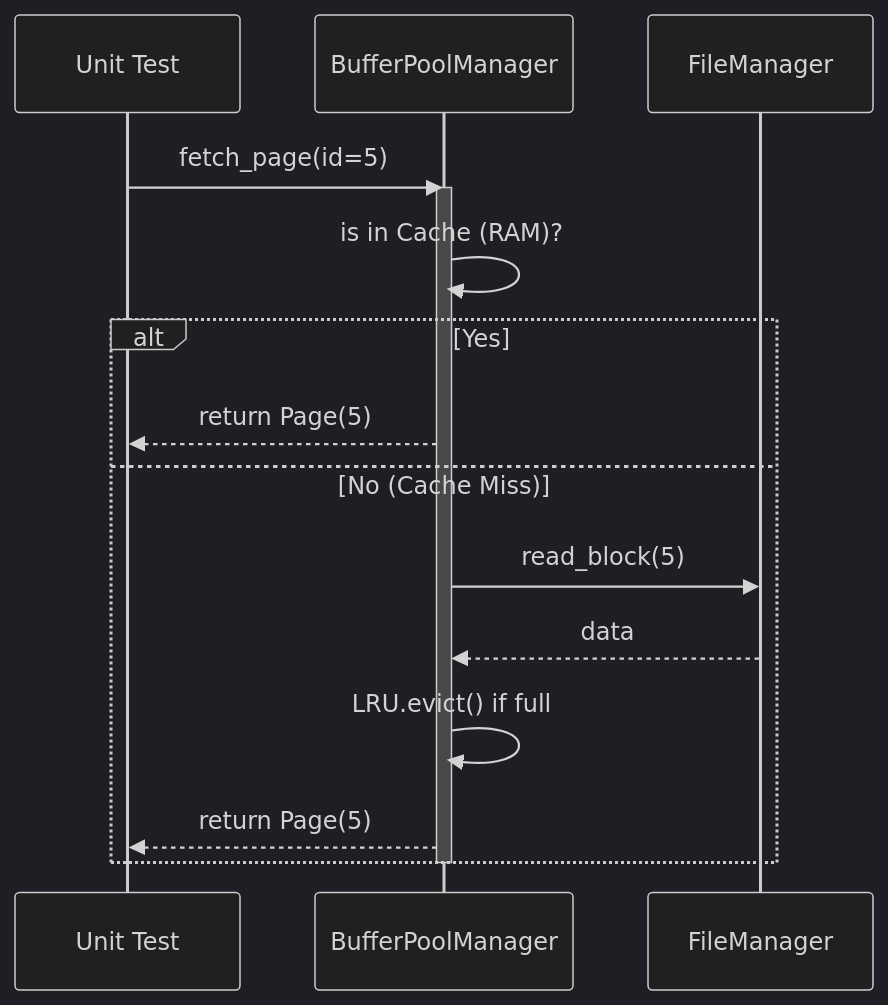
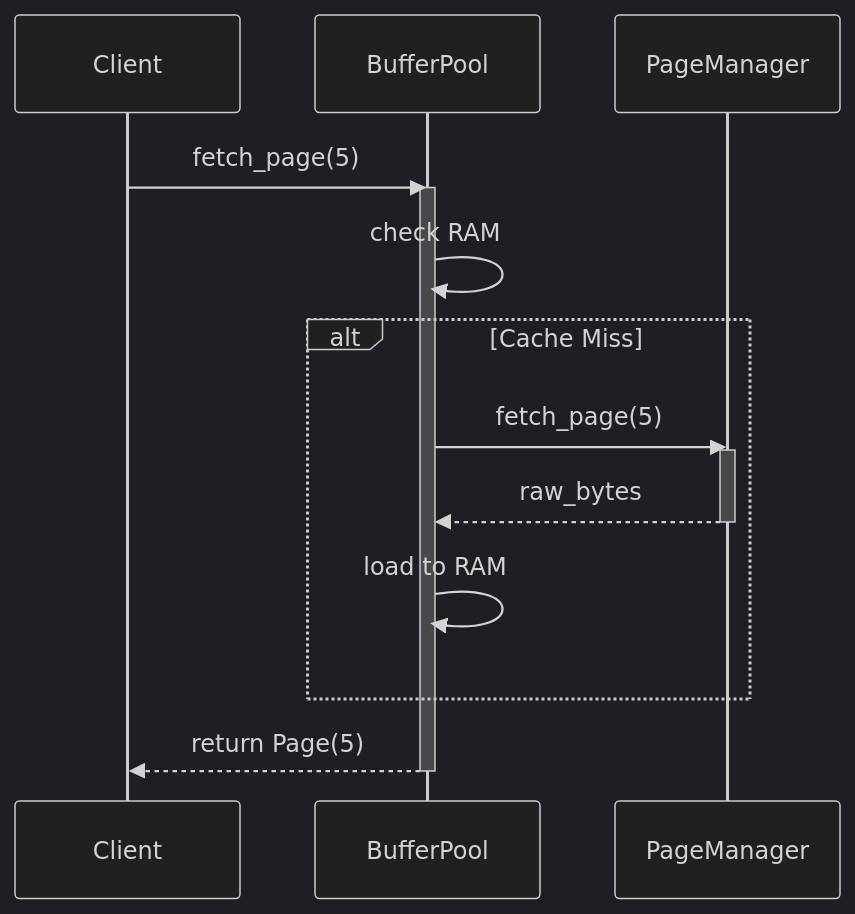
Diagram 34 of 37 in docs/readme.md (Ricky13170/bbv_DBMS), drawn with Mermaid (dark theme) before and after one commit. The commit also changed other lines of this file and 8 other files, not shown here.

````diff
--- a/docs/readme.md
+++ b/docs/readme.md
@@ -2214,19 +2239,21 @@
 ```mermaid
 sequenceDiagram
-    participant Test as Unit Test
-    participant Pool as BufferPoolManager
-    participant Disk as FileManager
+    participant Client
+    participant Proxy as BufferPool
+    participant Disk as PageManager
+
+    Client->>Proxy: fetch_page(5)
+    activate Proxy
     
-    Test->>Pool: fetch_page(id=5)
-    activate Pool
-    Pool->>Pool: is in Cache (RAM)?
-    alt Yes
-        Pool-->>Test: return Page(5)
-    else No (Cache Miss)
-        Pool->>Disk: read_block(5)
-        Disk-->>Pool: data
-        Pool->>Pool: LRU.evict() if full
-        Pool-->>Test: return Page(5)
+    Proxy->>Proxy: check RAM
+    alt Cache Miss
+        Proxy->>Disk: fetch_page(5)
+        activate Disk
+        Disk-->>Proxy: raw_bytes
+        deactivate Disk
+        Proxy->>Proxy: load to RAM
     end
-    deactivate Pool
+    
+    Proxy-->>Client: return Page(5)
+    deactivate Proxy
 ```
````
